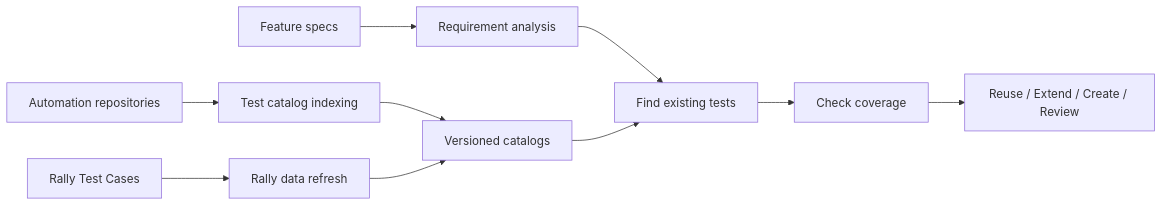
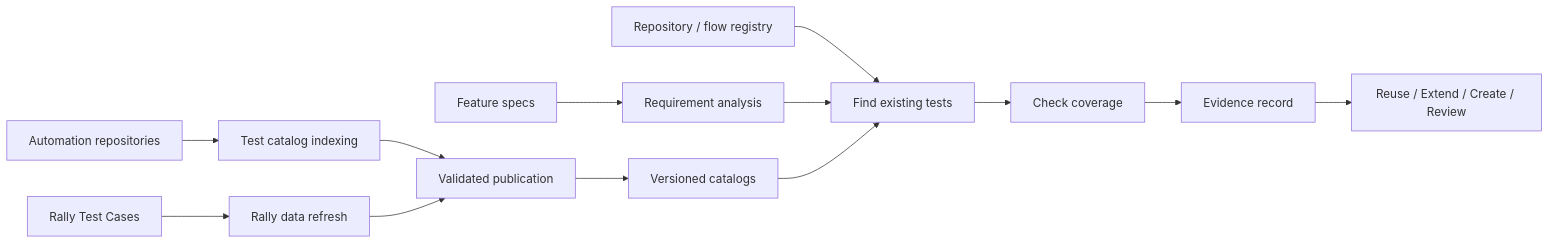
The diagram in README.md (ghostlives/qa-catalog-indexing-architecture), drawn with Mermaid before and after one commit. The commit also changed other lines of this file and 6 other files, not shown here.

Commit message:
docs: harden QA catalog architecture

````diff
--- a/README.md
+++ b/README.md
@@ -35,12 +37,15 @@
 ```mermaid
 flowchart LR
     A["Automation repositories"] --> B["Test catalog indexing"]
-    B --> C["Versioned catalogs"]
+    B --> P["Validated publication"]
     R["Rally Test Cases"] --> E["Rally data refresh"]
-    E --> C
+    E --> P
+    P --> C["Versioned catalogs"]
     S["Feature specs"] --> N["Requirement analysis"]
-    N --> Q["Find existing tests"]
+    G["Repository / flow registry"] --> Q["Find existing tests"]
+    N --> Q
     C --> Q
     Q --> V["Check coverage"]
-    V --> O["Reuse / Extend / Create / Review"]
+    V --> D["Evidence record"]
+    D --> O["Reuse / Extend / Create / Review"]
 ```
````
